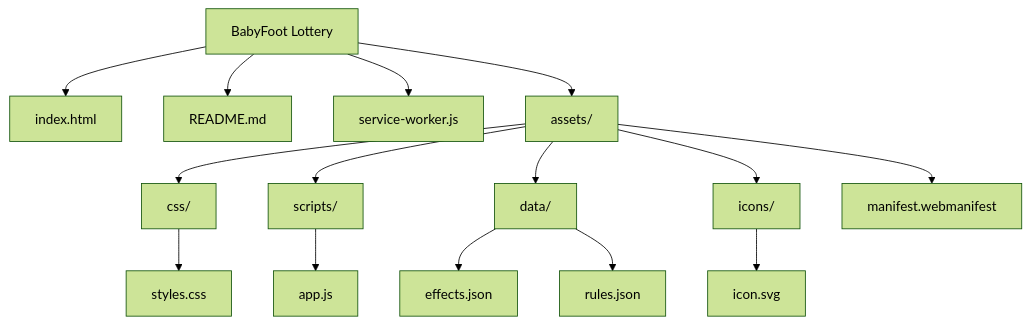
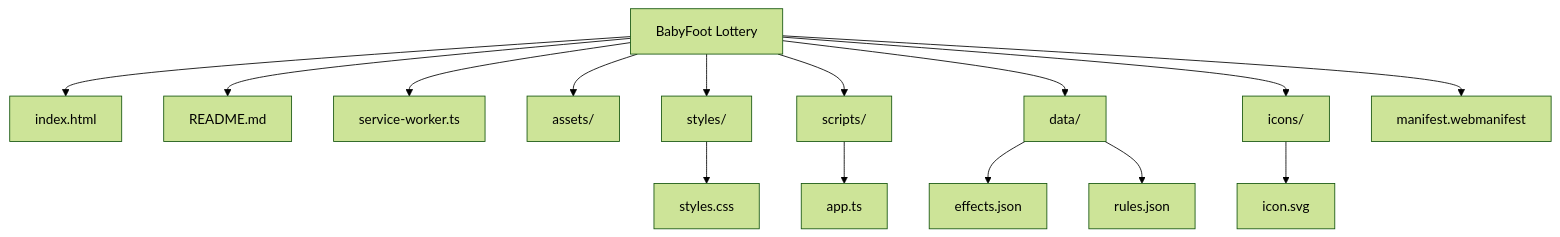
One commit to EAnathos/BabyFoot-Lottery changed the diagram in README.md. Above: the diagram before and after it, drawn with Mermaid (forest theme). The commit also changed other lines of this file and 35 other files, not shown here.

````diff
--- a/README.md
+++ b/README.md
@@ -86,17 +91,17 @@
 ```mermaid
 graph TD
   A[BabyFoot Lottery] --> B[index.html]
   A --> C[README.md]
-  A --> D[service-worker.js]
+  A --> D[service-worker.ts]
   A --> E[assets/]
-  E --> F[css/]
+  A --> F[styles/]
   F --> G[styles.css]
-  E --> H[scripts/]
-  H --> I[app.js]
-  E --> J[data/]
+  A --> H[scripts/]
+  H --> I[app.ts]
+  A --> J[data/]
   J --> K[effects.json]
   J --> L[rules.json]
-  E --> M[icons/]
+  A --> M[icons/]
   M --> N[icon.svg]
-  E --> O[manifest.webmanifest]
+  A --> O[manifest.webmanifest]
 ```
````
